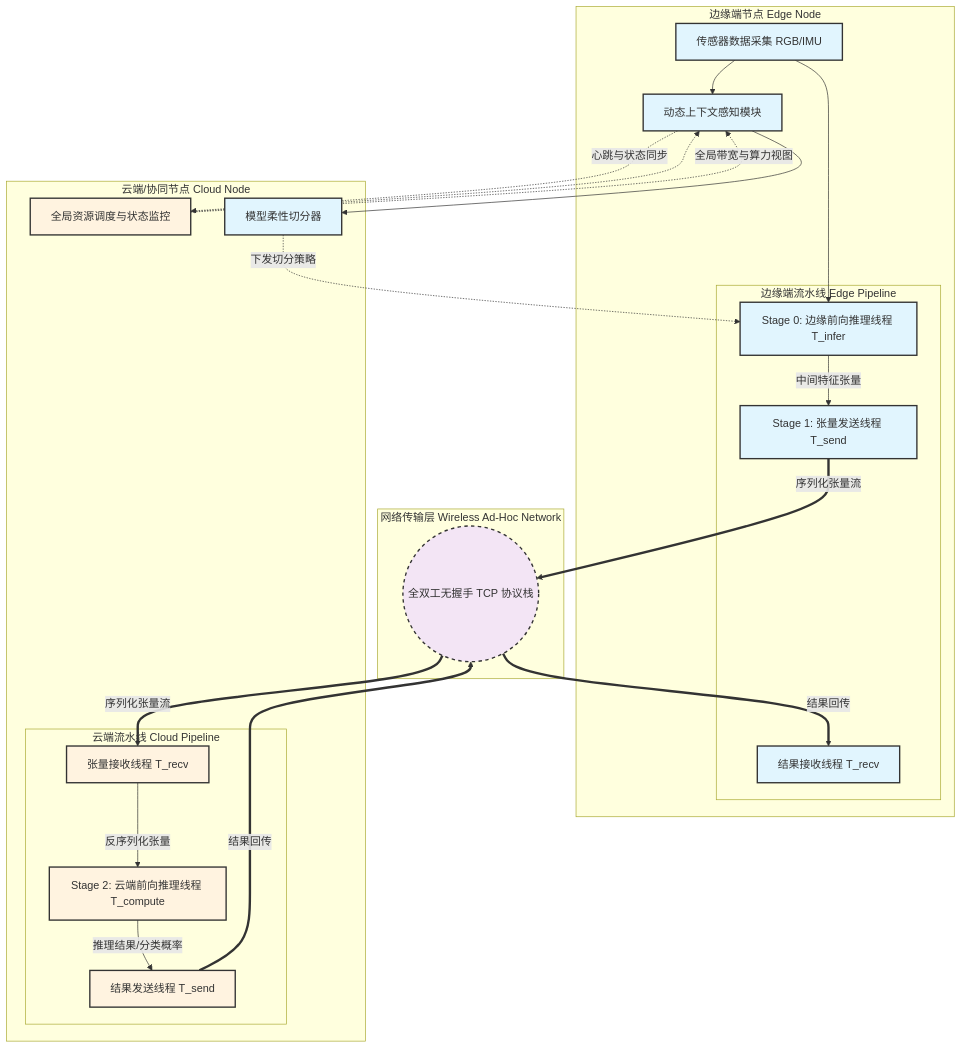
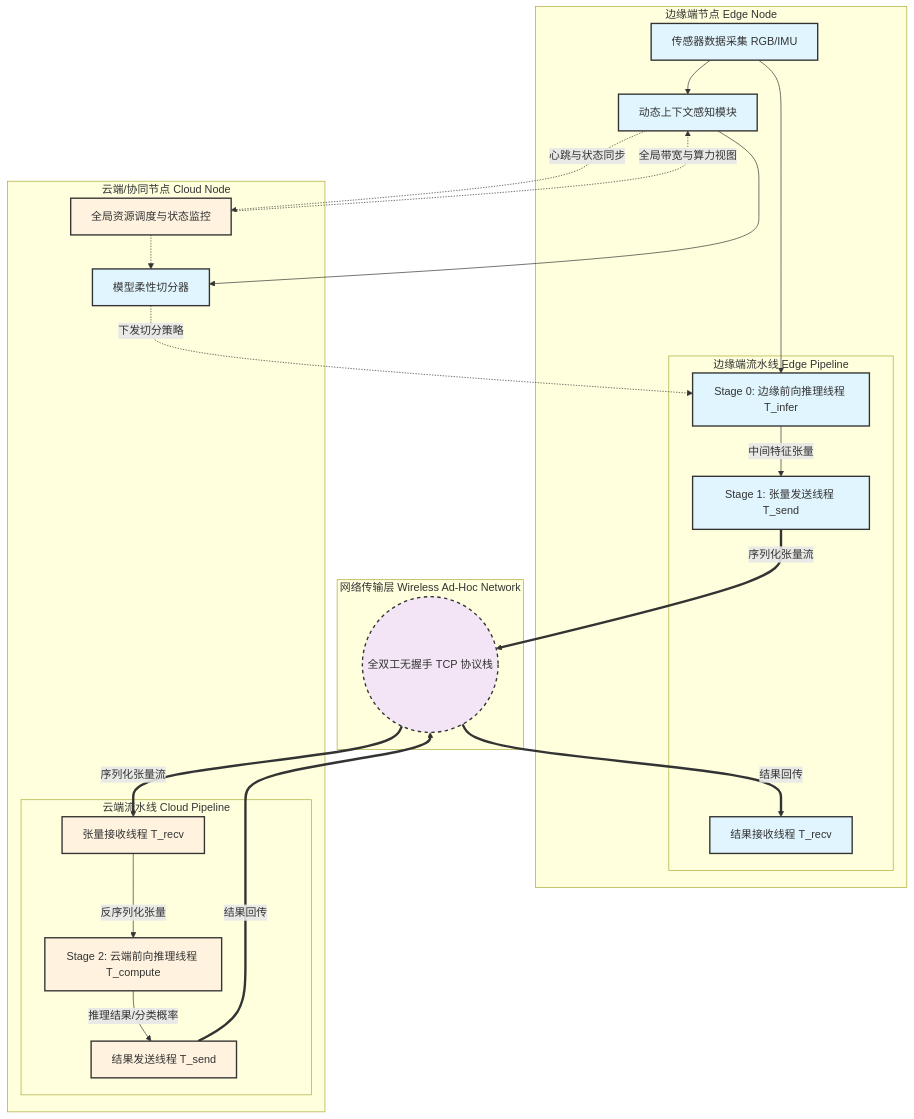
One commit to intmain-yy/iodraw-files changed the diagram in all/AI-1.md. Above: the diagram before and after it, drawn with Mermaid.

Commit message:
2026-02-27 16:47:11 update

````diff
--- a/all/AI-1.md
+++ b/all/AI-1.md
@@ -1,52 +1,52 @@
 ```mermaid
 graph TD
     subgraph "边缘端节点 Edge Node"
         A1["传感器数据采集 RGB/IMU"] --> A2[动态上下文感知模块]
         
         
         subgraph "边缘端流水线 Edge Pipeline"
             A4[Stage 0: 边缘前向推理线程 T_infer]
             A5[Stage 1: 张量发送线程 T_send]
             A6[结果接收线程 T_recv]
         end
         
         
         A1 --> A4
         A4 -->|中间特征张量| A5
     end
 
     subgraph "网络传输层 Wireless Ad-Hoc Network"
         N1(("全双工无握手 TCP 协议栈"))
     end
 
     subgraph "云端/协同节点 Cloud Node"
         subgraph "云端流水线 Cloud Pipeline"
             C1[张量接收线程 T_recv]
             C2[Stage 2: 云端前向推理线程 T_compute]
             C3[结果发送线程 T_send]
         end
         
         C4[全局资源调度与状态监控]
-        C4-.->
+        C4-.->A3
         A2 --> A3[模型柔性切分器]
         A3 -.->|下发切分策略| A4
     end
 
     A5 ==>|序列化张量流| N1
     N1 ==>|序列化张量流| C1
     C1 -->|反序列化张量| C2
     C2 -->|"推理结果/分类概率"| C3
     C3 ==>|结果回传| N1
     N1 ==>|结果回传| A6
     
     A2 -.->|心跳与状态同步| C4
     C4 -.->|全局带宽与算力视图| A2
 
     classDef edge fill:#e1f5fe,stroke:#333,stroke-width:2px;
     classDef cloud fill:#fff3e0,stroke:#333,stroke-width:2px;
     classDef net fill:#f3e5f5,stroke:#333,stroke-width:2px,stroke-dasharray: 5 5;
     
     class A1,A2,A3,A4,A5,A6 edge;
     class C1,C2,C3,C4 cloud;
     class N1 net;
 ```
````
